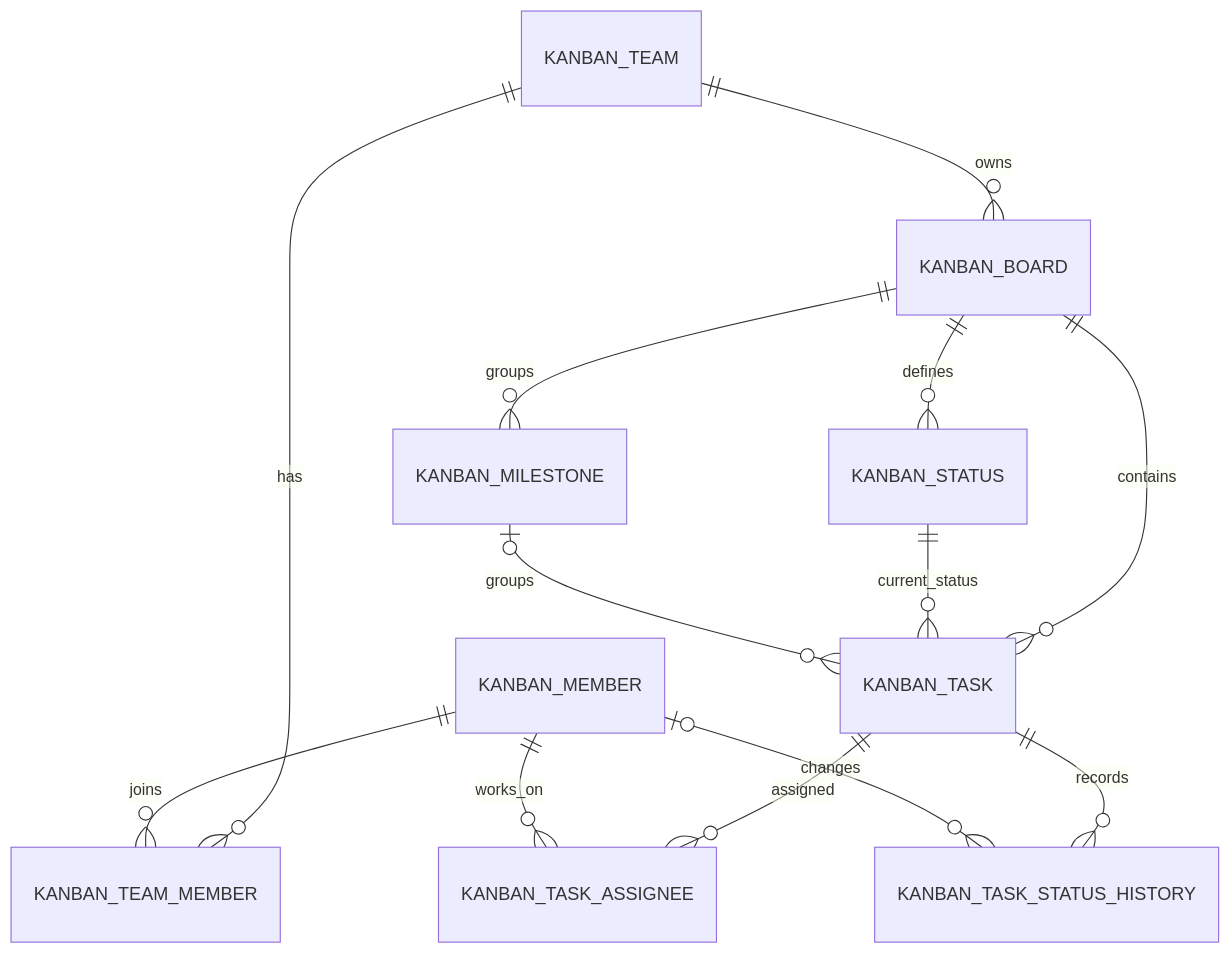
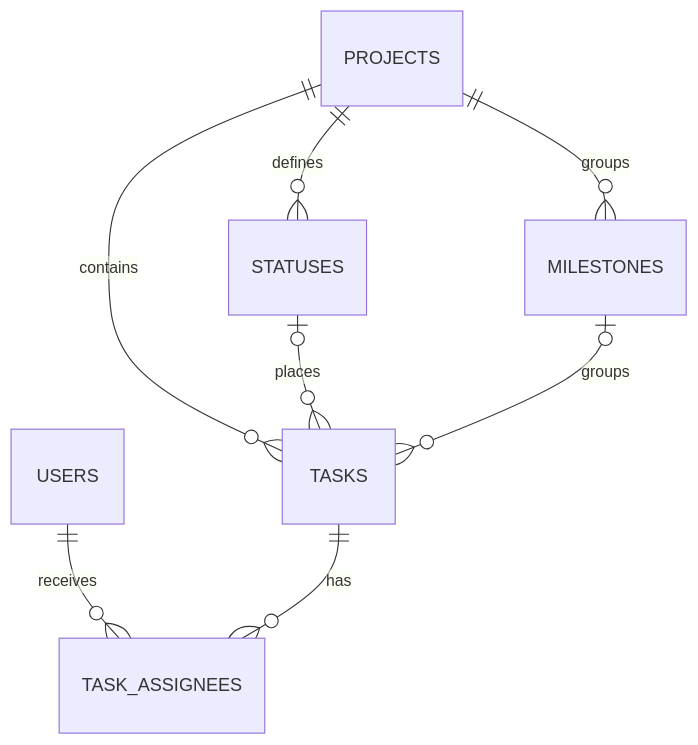
Before and after one commit to g202235438/ot-kanban-db: the diagram in docs/kanban-erd.md, drawn with Mermaid. The commit also changed other lines of this file and 16 other files, not shown here.

````diff
--- a/docs/kanban-erd.md
+++ b/docs/kanban-erd.md
@@ -3,15 +3,10 @@
 ```mermaid
 erDiagram
-    KANBAN_TEAM ||--o{ KANBAN_TEAM_MEMBER : has
-    KANBAN_MEMBER ||--o{ KANBAN_TEAM_MEMBER : joins
-    KANBAN_TEAM ||--o{ KANBAN_BOARD : owns
-    KANBAN_BOARD ||--o{ KANBAN_STATUS : defines
-    KANBAN_BOARD ||--o{ KANBAN_MILESTONE : groups
-    KANBAN_BOARD ||--o{ KANBAN_TASK : contains
-    KANBAN_STATUS ||--o{ KANBAN_TASK : current_status
-    KANBAN_MILESTONE o|--o{ KANBAN_TASK : groups
-    KANBAN_TASK ||--o{ KANBAN_TASK_ASSIGNEE : assigned
-    KANBAN_MEMBER ||--o{ KANBAN_TASK_ASSIGNEE : works_on
-    KANBAN_TASK ||--o{ KANBAN_TASK_STATUS_HISTORY : records
-    KANBAN_MEMBER o|--o{ KANBAN_TASK_STATUS_HISTORY : changes
+    PROJECTS ||--o{ STATUSES : defines
+    PROJECTS ||--o{ MILESTONES : groups
+    PROJECTS ||--o{ TASKS : contains
+    STATUSES o|--o{ TASKS : places
+    MILESTONES o|--o{ TASKS : groups
+    USERS ||--o{ TASK_ASSIGNEES : receives
+    TASKS ||--o{ TASK_ASSIGNEES : has
 ```
````
